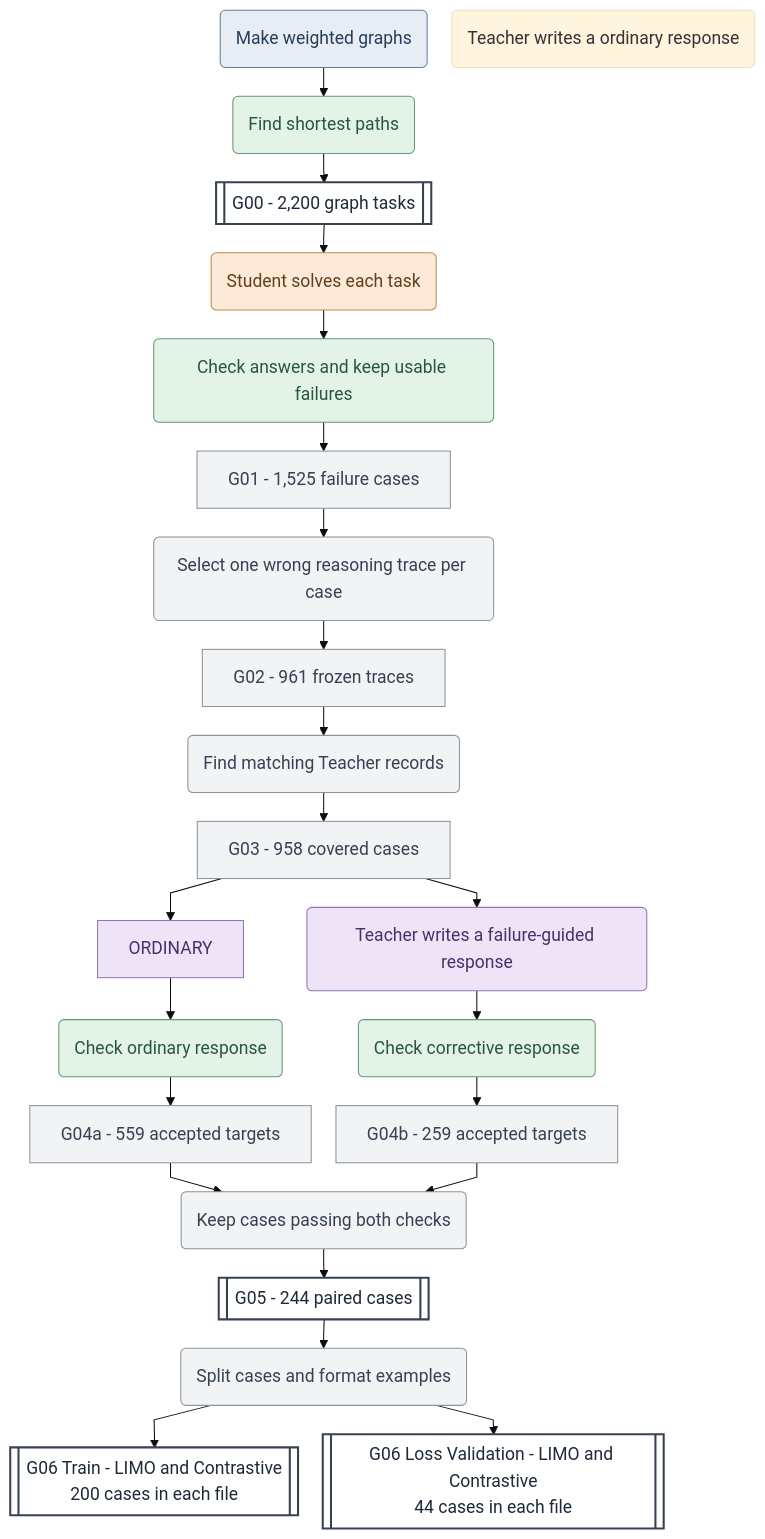
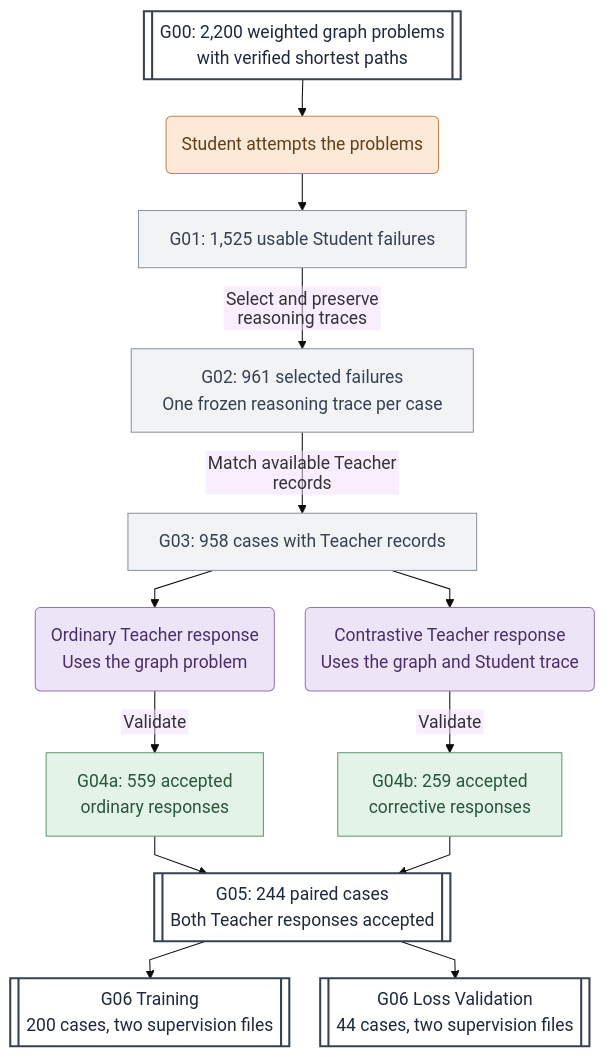
One commit to MinervaCyy/PathFACT changed the first of 3 diagrams in README.md. Above: the diagram before and after it, drawn with Mermaid. The commit also changed other lines of this file, not shown here.

````diff
--- a/README.md
+++ b/README.md
@@ -45,58 +53,57 @@
 ```mermaid
-%%{init: {"theme": "base", "themeVariables": {"fontSize": "17px"}, "flowchart": {"htmlLabels": false, "curve": "linear", "nodeSpacing": 24, "rankSpacing": 28, "wrappingWidth": 300}}}%%
+%%{init: {"theme": "base", "themeVariables": {"fontSize": "17px"}, "flowchart": {"htmlLabels": false, "curve": "linear", "nodeSpacing": 30, "rankSpacing": 36, "wrappingWidth": 320}}}%%
 flowchart TB
-    GEN("Make weighted graphs")
-    SOLVE("Find shortest paths")
-    G00[["G00 - 2,200 graph tasks"]]
 
-    STUDENT("Student solves each task")
-    CHECK("Check answers and keep usable failures")
-    G01["G01 - 1,525 failure cases"]
+    G00[["G00: 2,200 weighted graph problems<br/>with verified shortest paths"]]
 
-    TRACE("Select one wrong reasoning trace per case")
-    G02["G02 - 961 frozen traces"]
+    STUDENT("Student attempts the problems")
 
-    COVER("Find matching Teacher records")
-    G03["G03 - 958 covered cases"]
+    G01["G01: 1,525 usable Student failures"]
 
-    Ordinary("Teacher writes a ordinary response")
-    CORRECT("Teacher writes a failure-guided response")
-    VG("Check ordinary response")
-    VC("Check corrective response")
-    G04A["G04a - 559 accepted targets"]
-    G04B["G04b - 259 accepted targets"]
+    G02["G02: 961 selected failures<br/>One frozen reasoning trace per case"]
 
-    PAIR("Keep cases passing both checks")
-    G05[["G05 - 244 paired cases"]]
+    G03["G03: 958 cases with Teacher records"]
 
-    SPLIT("Split cases and format examples")
-    TRAIN[["G06 Train - LIMO and Contrastive<br/>200 cases in each file"]]
-    VAL[["G06 Loss Validation - LIMO and Contrastive<br/>44 cases in each file"]]
+    ORDINARY("Ordinary Teacher response<br/>Uses the graph problem")
 
-    GEN --> SOLVE --> G00
-    G00 --> STUDENT --> CHECK --> G01
-    G01 --> TRACE --> G02
-    G02 --> COVER --> G03
+    CORRECTIVE("Contrastive Teacher response<br/>Uses the graph and Student trace")
 
-    G03 --> ORDINARY --> VG --> G04A
-    G03 --> CORRECT --> VC --> G04B
-    G04A --> PAIR
-    G04B --> PAIR
-    PAIR --> G05 --> SPLIT
-    SPLIT --> TRAIN
-    SPLIT --> VAL
+    G04A["G04a: 559 accepted<br/>ordinary responses"]
 
-    classDef generator fill:#E7EDF5,stroke:#617E9F,color:#263D58
+    G04B["G04b: 259 accepted<br/>corrective responses"]
+
+    G05[["G05: 244 paired cases<br/>Both Teacher responses accepted"]]
+
+    TRAIN[["G06 Training<br/>200 cases, two supervision files"]]
+
+    VAL[["G06 Loss Validation<br/>44 cases, two supervision files"]]
+
+    G00 --> STUDENT
+    STUDENT --> G01
+    G01 -->|"Select and preserve reasoning traces"| G02
+    G02 -->|"Match available Teacher records"| G03
+
+    G03 --> ORDINARY
+    G03 --> CORRECTIVE
+
+    ORDINARY -->|"Validate"| G04A
+    CORRECTIVE -->|"Validate"| G04B
+
+    G04A --> G05
+    G04B --> G05
+
+    G05 --> TRAIN
+    G05 --> VAL
+
     classDef student fill:#FCE9D7,stroke:#BE864D,color:#633F1B
     classDef teacher fill:#EEE4F8,stroke:#9573B8,color:#493068
-    classDef verifier fill:#E3F3E8,stroke:#649773,color:#28573A
-    classDef python fill:#F2F3F5,stroke:#8A929C,color:#364152
+    classDef intermediate fill:#F2F3F5,stroke:#8A929C,color:#364152
+    classDef accepted fill:#E3F3E8,stroke:#649773,color:#28573A
     classDef dataset fill:#FFFFFF,stroke:#364152,color:#1E293B,stroke-width:2px
 
-    class GEN generator
     class STUDENT student
-    class ORDINARY,CORRECT teacher
-    class SOLVE,CHECK,VG,VC verifier
-    class TRACE,COVER,PAIR,SPLIT,G01,G02,G03,G04A,G04B python
+    class ORDINARY,CORRECTIVE teacher
+    class G01,G02,G03 intermediate
+    class G04A,G04B accepted
     class G00,G05,TRAIN,VAL dataset
 ```
````
